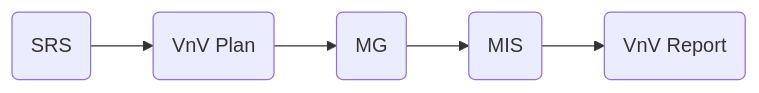
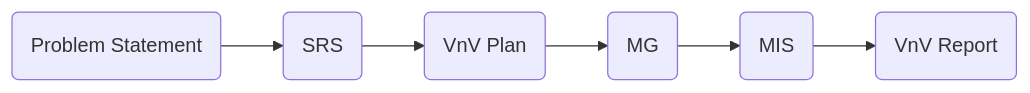
Before and after one commit to cer-hunter/OAR-CAS741: the diagram in README.md, drawn with Mermaid.

````diff
--- a/README.md
+++ b/README.md
@@ -20,7 +20,8 @@
 ```mermaid
 graph LR
+    F(Problem Statement) --> E
     E(SRS) --> D
     D(VnV Plan) --> C
     C(MG) --> B
     B(MIS) --> A(VnV Report)
 ```
````
